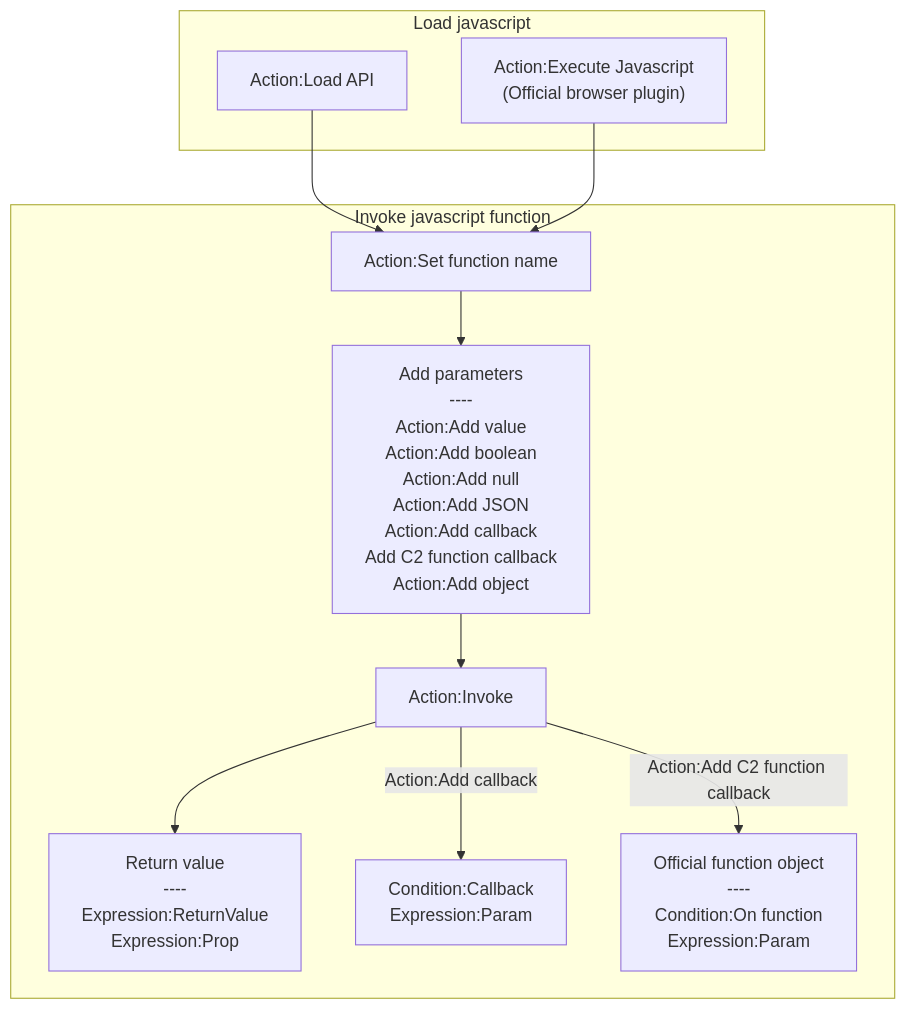
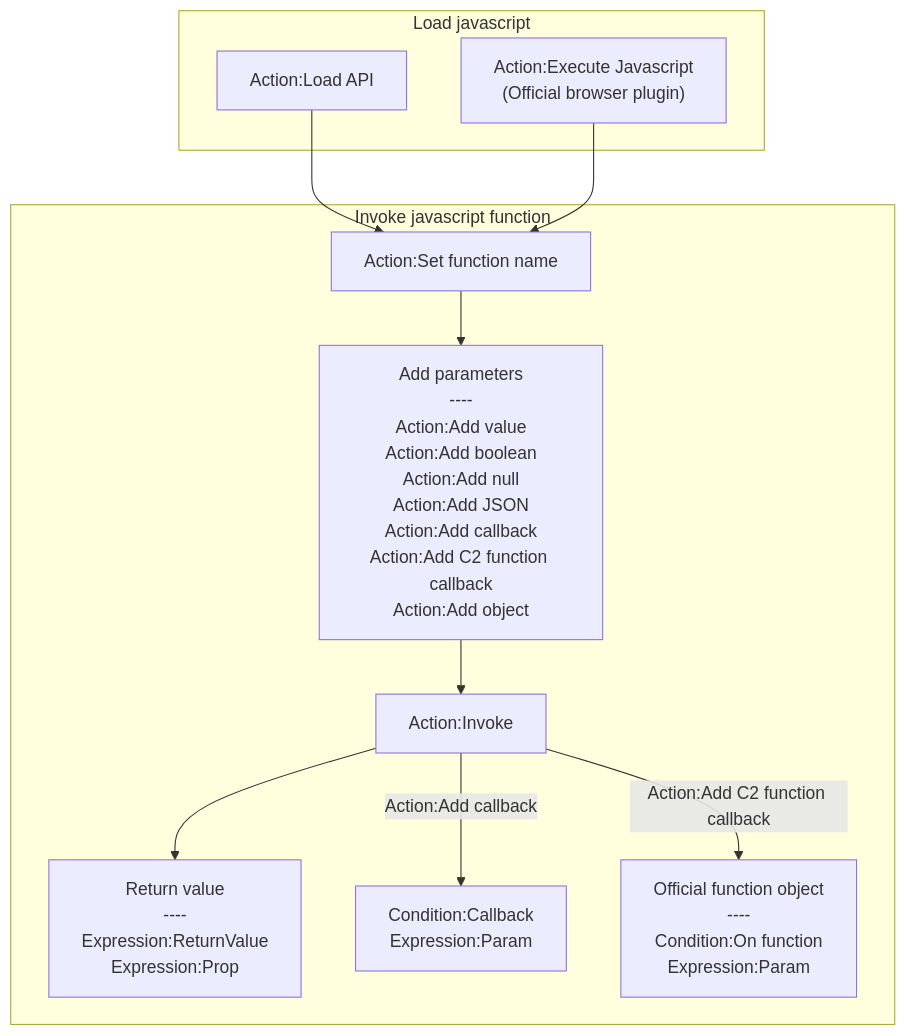
Before and after one commit to rexrainbow/C2RexDoc: the first of 2 diagrams in plugins.md/rex_jsshell.md, drawn with Mermaid. The commit also changed 1 other file, not shown here.

````diff
--- a/plugins.md/rex_jsshell.md
+++ b/plugins.md/rex_jsshell.md
@@ -26,27 +26,27 @@
 ```mermaid
 graph TB
 
 LoadJSCode["Action:Load API"] --> SetFnName["Action:Set function name"]
-SetFnName --> AddParam["Add parameters<br>----<br>Action:Add value<br>Action:Add boolean<br>Action:Add null<br>Action:Add JSON<br>Action:Add callback<br>Add C2 function callback<br>Action:Add object"]
+SetFnName --> AddParam["Add parameters<br>----<br>Action:Add value<br>Action:Add boolean<br>Action:Add null<br>Action:Add JSON<br>Action:Add callback<br>Action:Add C2 function callback<br>Action:Add object"]
 AddParam --> Invoke["Action:Invoke"]
 Invoke --> ReturnValue["Return value<br>----<br>Expression:ReturnValue<br>Expression:Prop"]
 
 ExecJS["Action:Execute Javascript<br>(Official browser plugin)"] --> SetFnName
 
 Invoke --> |"Action:Add callback"| Callback["Condition:Callback<br>Expression:Param"]
 Invoke --> |"Action:Add C2 function callback"| C2FnCallback["Official function object<br>----<br>Condition:On function<br>Expression:Param"]
 
 subgraph Load javascript
 LoadJSCode
 ExecJS
 end
 
 subgraph Invoke javascript function
 SetFnName
 AddParam
 Invoke
 ReturnValue
 Callback
 C2FnCallback
 end
 ```
````
